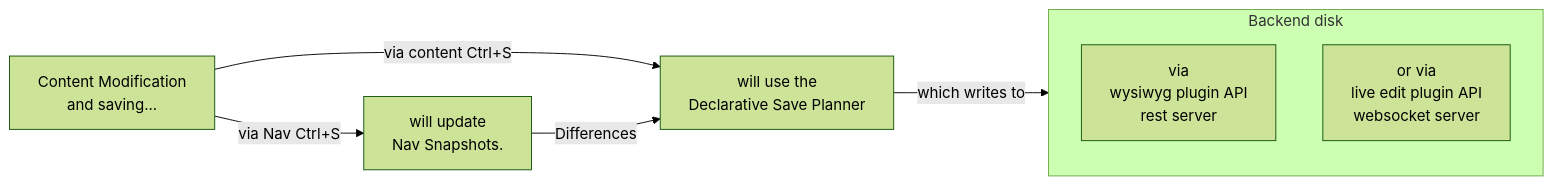
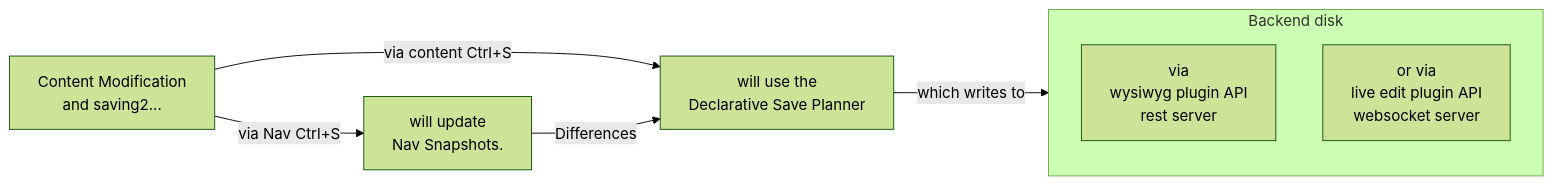
One commit to samrocketman/mkdocs-live-wysiwyg-plugin changed the first of 3 diagrams in docs/design/DESIGN-architecture-overview.md. Above: the diagram before and after it, drawn with Mermaid (forest theme). The commit also changed other lines of this file and 233 other files, not shown here.

First line of the commit message:
Diagramming and stability fixes

````diff
--- a/docs/design/DESIGN-architecture-overview.md
+++ b/docs/design/DESIGN-architecture-overview.md
@@ -7,16 +7,16 @@
 ```mermaid
 flowchart LR
-    ContentMod["Content Modification<br>and saving..."]
+    ContentMod["Content Modification<br>and saving2..."]
     NavSnaps["will update<br>Nav Snapshots."]
     SavePlanner["will use the<br>Declarative Save Planner"]
 
     subgraph Backend ["Backend disk"]
         WysiwygAPI["via<br>wysiwyg plugin API<br>rest server"]
         LiveEditAPI["or via<br>live edit plugin API<br>websocket server"]
     end
 
     ContentMod -->|"via Nav Ctrl+S"| NavSnaps
     ContentMod -->|"via content Ctrl+S"| SavePlanner
     NavSnaps -->|"Differences"| SavePlanner
     SavePlanner -->|"which writes to"| Backend
 ```
````
